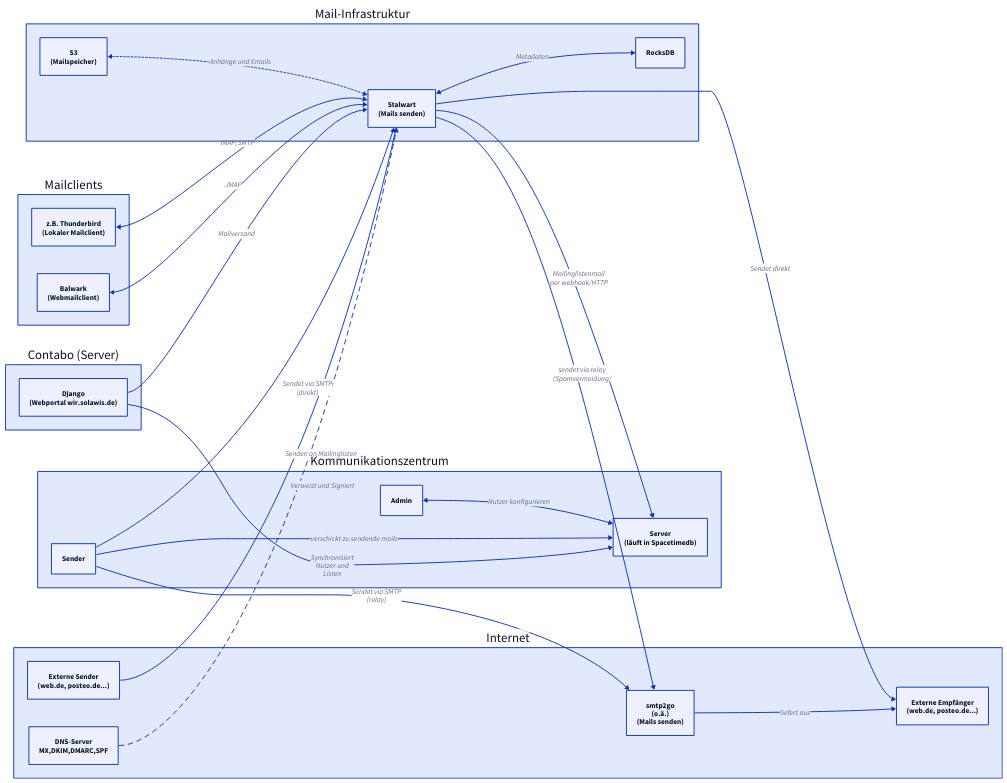
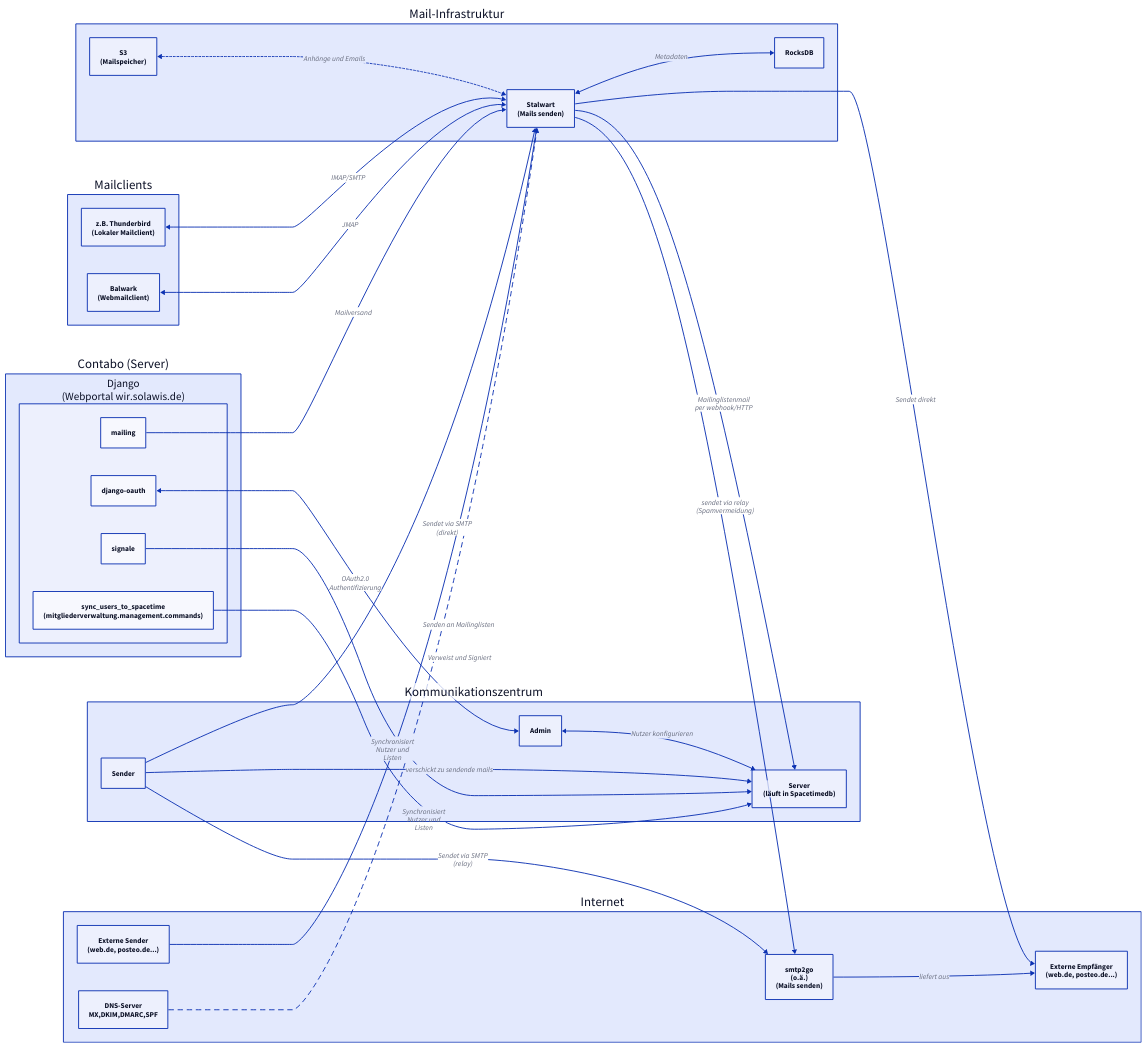
One commit to enaut/kommunikationszentrum changed the diagram in docs/src/introduction/overview.md. Above: the diagram before and after it, drawn with D2. The commit also changed 3 other files, not shown here.

````diff
--- a/docs/src/introduction/overview.md
+++ b/docs/src/introduction/overview.md
@@ -66,7 +66,11 @@
 
 # Contabo Server Gruppe
 Contabo: "Contabo (Server)" {
-  Django: "Django\n(Webportal wir.solawis.de)" 
+  Django: "Django\n(Webportal wir.solawis.de)" {
+  sync_users_to_spacetime: "sync_users_to_spacetime\n(mitgliederverwaltung.management.commands)"
+  mailing
+  django-oauth
+  }
 }
 
 # Verbindungen und Beziehungen
@@ -88,6 +92,8 @@
 Kommunikationszentrum.Sender -> Mail-Infrastruktur.Stalwart: "Sendet via SMTP\n(direkt)"
 Kommunikationszentrum.Sender -> Internet.smtp2go: "Sendet via SMTP\n(relay)"
 
-Contabo.Django -> Mail-Infrastruktur.Stalwart: "Mailversand"
-Contabo.Django -> Kommunikationszentrum.Server: "Synchronisiert\nNutzer und\nListen"
+Contabo.Django.mailing -> Mail-Infrastruktur.Stalwart: "Mailversand"
+Contabo.Django.signale -> Kommunikationszentrum.Server: "Synchronisiert\nNutzer und\nListen"
+Contabo.Django.sync_users_to_spacetime -> Kommunikationszentrum.Server: "Synchronisiert\nNutzer und\nListen"
+Contabo.Django.django-oauth <-> Kommunikationszentrum.Admin: "OAuth2.0\nAuthentifizierung"
 ```
````
